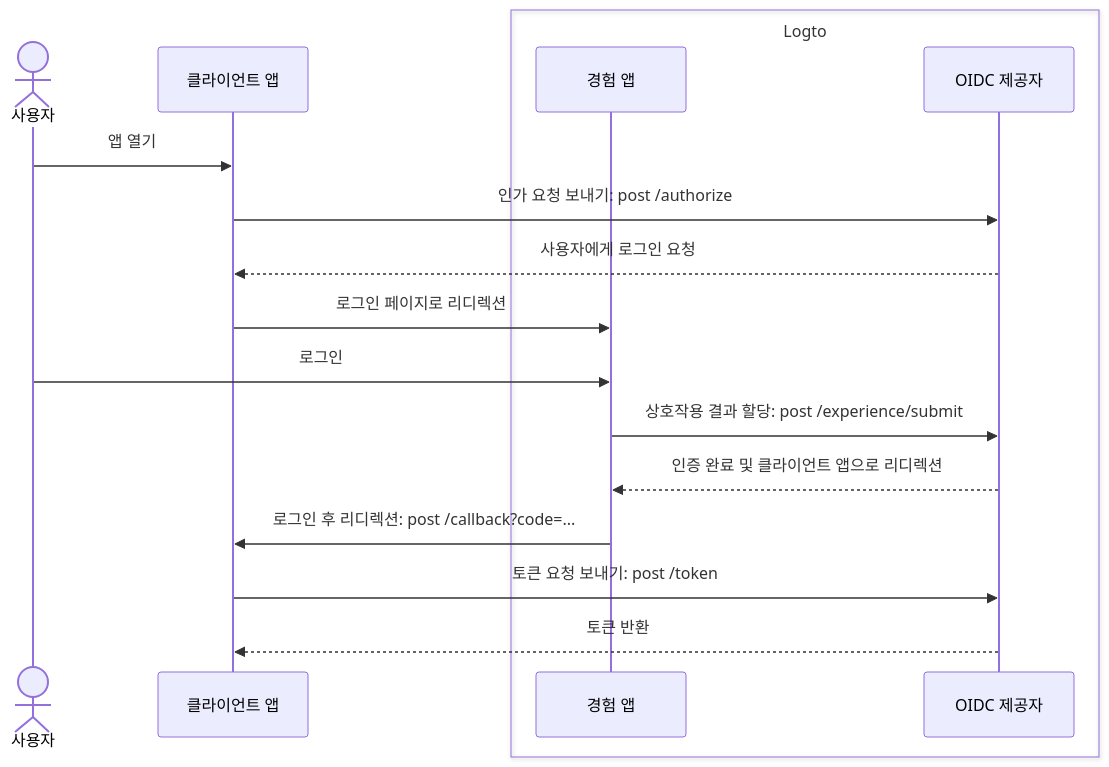
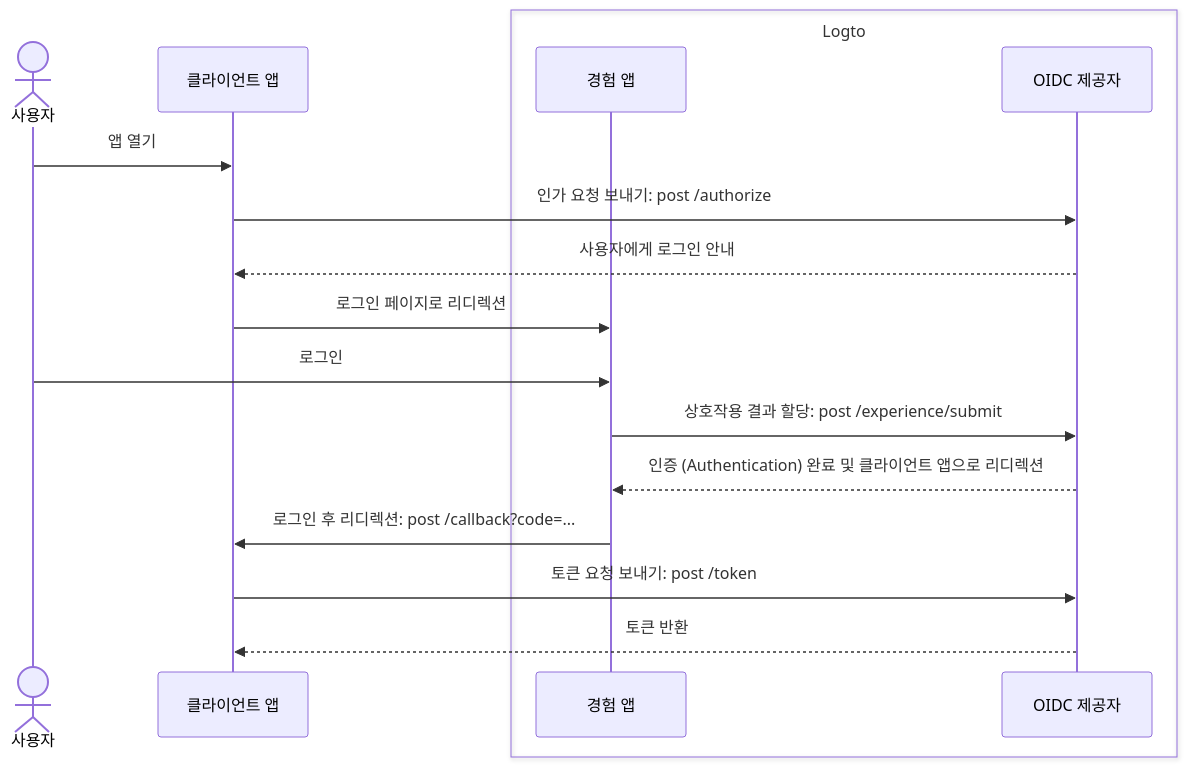
Before and after one commit to logto-io/docs: the first of 2 diagrams in i18n/ko/docusaurus-plugin-content-docs/current/end-user-flows/sign-up-and-sign-in/README.mdx, drawn with Mermaid. The commit also changed other lines of this file and 53 other files, not shown here.

````diff
--- a/i18n/ko/docusaurus-plugin-content-docs/current/end-user-flows/sign-up-and-sign-in/README.mdx
+++ b/i18n/ko/docusaurus-plugin-content-docs/current/end-user-flows/sign-up-and-sign-in/README.mdx
@@ -15,21 +15,21 @@
 ```mermaid
 sequenceDiagram
   actor user as 사용자
   participant client as 클라이언트 앱
 
   box Logto
     participant experience as 경험 앱
     participant oidc as OIDC 제공자
   end
 
   user ->> client: 앱 열기
   client ->> oidc: 인가 요청 보내기: post /authorize
-  oidc -->> client: 사용자에게 로그인 요청
+  oidc -->> client: 사용자에게 로그인 안내
   client ->> experience: 로그인 페이지로 리디렉션
   user ->> experience: 로그인
   experience ->> oidc: 상호작용 결과 할당: post /experience/submit
-  oidc -->> experience: 인증 완료 및 클라이언트 앱으로 리디렉션
+  oidc -->> experience: 인증 (Authentication) 완료 및 클라이언트 앱으로 리디렉션
   experience ->> client: 로그인 후 리디렉션: post /callback?code=...
   client ->> oidc: 토큰 요청 보내기: post /token
   oidc -->> client: 토큰 반환
 ```
````
